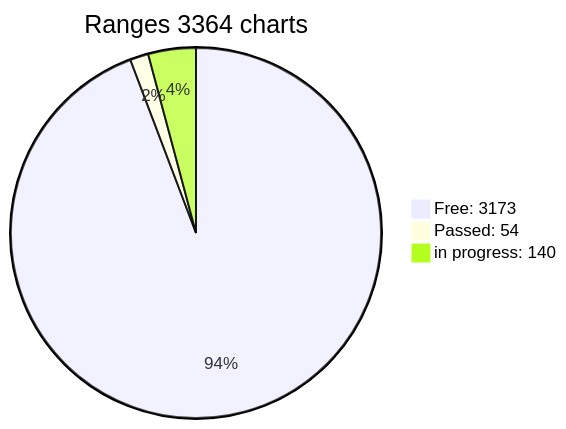
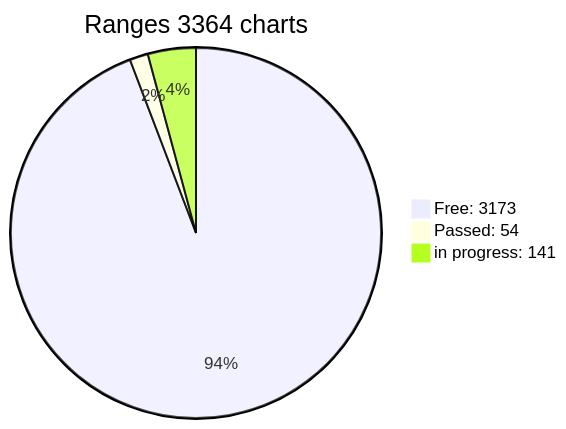
Before and after one commit to jonlloner/wif500: the diagram in x64/Release/table.md, drawn with Mermaid. The commit also changed other lines of this file, not shown here.

````diff
--- a/x64/Release/table.md
+++ b/x64/Release/table.md
@@ -41,6 +42,6 @@
 ```mermaid
 pie title Ranges 3364 charts
-"Free: 3173" : 3170
+"Free: 3173" : 3169
 "Passed: 54" : 54
-"in progress: 140" : 140
+"in progress: 141" : 141
 ```  
````
